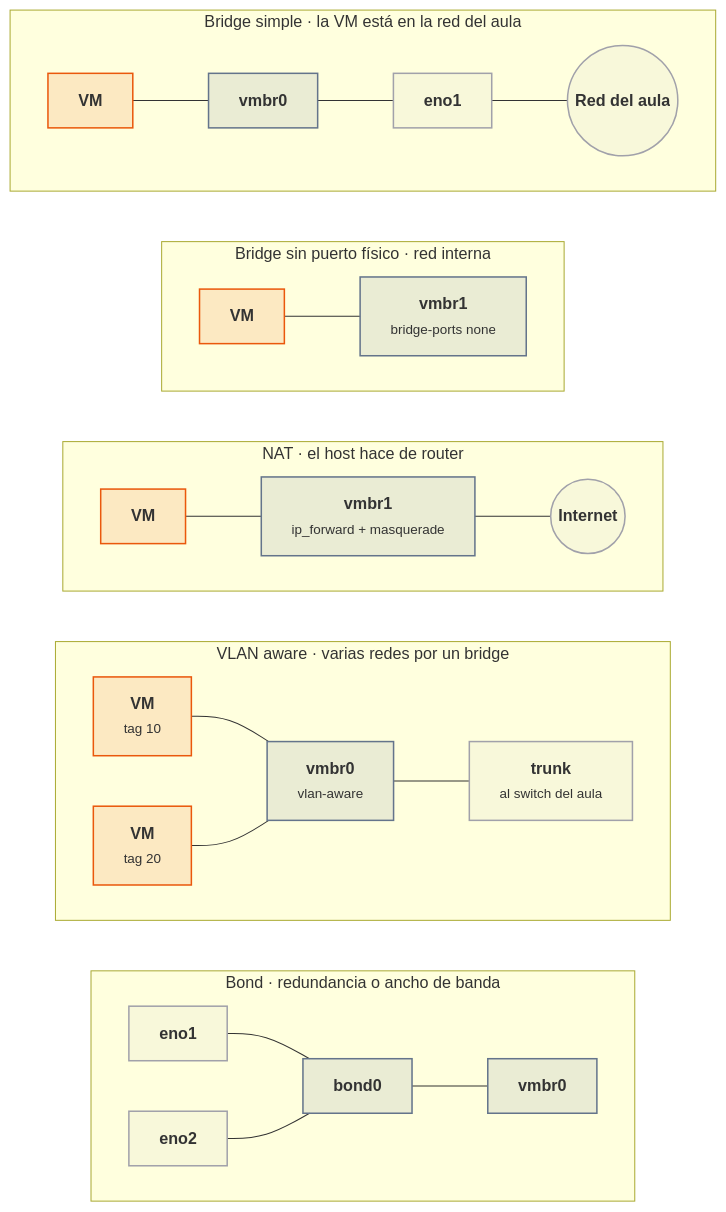
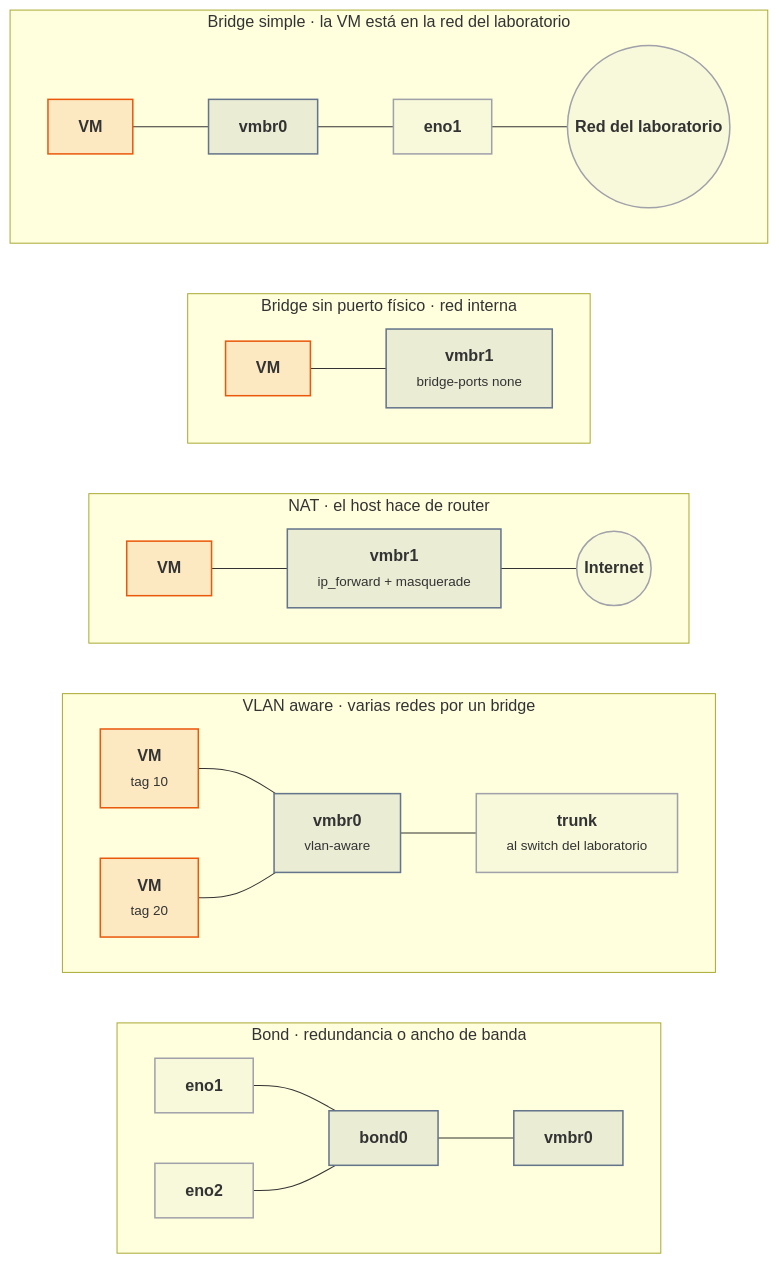
Diagram 13 of 13 in docs/ut/ut1-virtualizacion.md (victor-educ/apuntes-5166), drawn with Mermaid before and after one commit. The commit also changed other lines of this file and 12 other files, not shown here.

````diff
--- a/docs/ut/ut1-virtualizacion.md
+++ b/docs/ut/ut1-virtualizacion.md
@@ -977,34 +974,34 @@
 ```mermaid
 flowchart TB
-    subgraph S1["Bridge simple · la VM está en la red del aula"]
+    subgraph S1["Bridge simple · la VM está en la red del laboratorio"]
         direction LR
-        A1["<b>VM</b>"]:::act --- A2["<b>vmbr0</b>"]:::pieza --- A3["<b>eno1</b>"]:::infra --- A4(("<b>Red del aula</b>")):::infra
+        A1["<b>VM</b>"]:::act --- A2["<b>vmbr0</b>"]:::pieza --- A3["<b>eno1</b>"]:::infra --- A4(("<b>Red del laboratorio</b>")):::infra
     end
     subgraph S2["Bridge sin puerto físico · red interna"]
         direction LR
         B1["<b>VM</b>"]:::act --- B2["<b>vmbr1</b><br><small>bridge-ports none</small>"]:::pieza
     end
     subgraph S3["NAT · el host hace de router"]
         direction LR
         C1["<b>VM</b>"]:::act --- C2["<b>vmbr1</b><br><small>ip_forward + masquerade</small>"]:::pieza --- C3(("<b>Internet</b>")):::infra
     end
     subgraph S4["VLAN aware · varias redes por un bridge"]
         direction LR
         D1["<b>VM</b><br><small>tag 10</small>"]:::act --- D2["<b>vmbr0</b><br><small>vlan-aware</small>"]:::pieza
         D3["<b>VM</b><br><small>tag 20</small>"]:::act --- D2
-        D2 --- D4["<b>trunk</b><br><small>al switch del aula</small>"]:::infra
+        D2 --- D4["<b>trunk</b><br><small>al switch del laboratorio</small>"]:::infra
     end
     subgraph S5["Bond · redundancia o ancho de banda"]
         direction LR
         E1["<b>eno1</b>"]:::infra --- E2["<b>bond0</b>"]:::pieza
         E3["<b>eno2</b>"]:::infra --- E2
         E2 --- E4["<b>vmbr0</b>"]:::pieza
     end
     S1 ~~~ S2 ~~~ S3 ~~~ S4 ~~~ S5
     classDef act fill:#ea580c22,stroke:#ea580c,stroke-width:1.5px
     classDef pieza fill:#64748b22,stroke:#64748b,stroke-width:1.5px
     classDef dato fill:#2563eb22,stroke:#2563eb,stroke-width:1.5px
     classDef infra fill:#a1a1aa14,stroke:#a1a1aa,stroke-width:1.5px
     classDef ok fill:#16a34a22,stroke:#16a34a,stroke-width:1.5px
     classDef riesgo fill:#dc262622,stroke:#dc2626,stroke-width:1.5px
 ```
````
